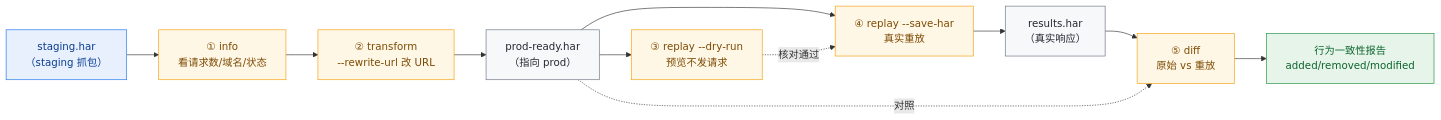
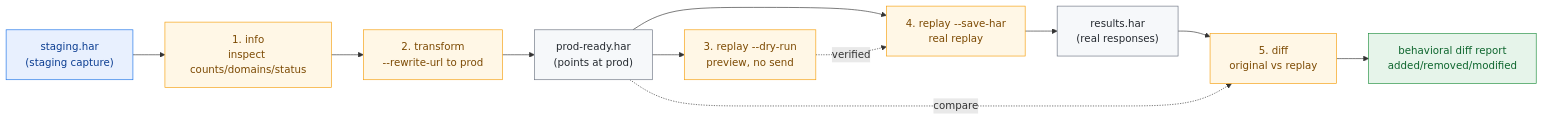
The first of 3 diagrams in website/zh/workflows/api-migration.md (hitechcloud-vietnam/har-skills), drawn with Mermaid before and after one commit. The commit also changed other lines of this file and 97 other files, not shown here.

````diff
--- a/website/zh/workflows/api-migration.md
+++ b/website/zh/workflows/api-migration.md
@@ -13,25 +14,25 @@
 ```mermaid
 flowchart LR
-    STG["staging.har<br/>（staging 抓包）"]:::input
-    I["① info<br/>看请求数/域名/状态"]:::step
-    T["② transform<br/>--rewrite-url 改 URL"]:::step
-    PR["prod-ready.har<br/>（指向 prod）"]:::art
-    DR["③ replay --dry-run<br/>预览不发请求"]:::step
-    RP["④ replay --save-har<br/>真实重放"]:::step
-    RES["results.har<br/>（真实响应）"]:::art
-    DF["⑤ diff<br/>原始 vs 重放"]:::step
-    REP["行为一致性报告<br/>added/removed/modified"]:::done
+    STG["staging.har<br/>(staging capture)"]:::input
+    I["1. info<br/>inspect counts/domains/status"]:::step
+    T["2. transform<br/>--rewrite-url to prod"]:::step
+    PR["prod-ready.har<br/>(points at prod)"]:::art
+    DR["3. replay --dry-run<br/>preview, no send"]:::step
+    RP["4. replay --save-har<br/>real replay"]:::step
+    RES["results.har<br/>(real responses)"]:::art
+    DF["5. diff<br/>original vs replay"]:::step
+    REP["behavioral diff report<br/>added/removed/modified"]:::done
 
     STG --> I --> T --> PR
     PR --> DR
     PR --> RP --> RES
-    DR -. "核对通过" .-> RP
+    DR -. "verified" .-> RP
     RES --> DF
-    PR -. "对照" .-> DF
+    PR -. "compare" .-> DF
     DF --> REP
 
     classDef input fill:#e8f0fe,stroke:#1a73e8,color:#0b3d91
     classDef step fill:#fff7e6,stroke:#f59e0b,color:#7c4a03
     classDef art fill:#f6f8fa,stroke:#6b7280,color:#24292f
     classDef done fill:#e6f4ea,stroke:#1e8e3e,color:#0d652d
 ```
````
